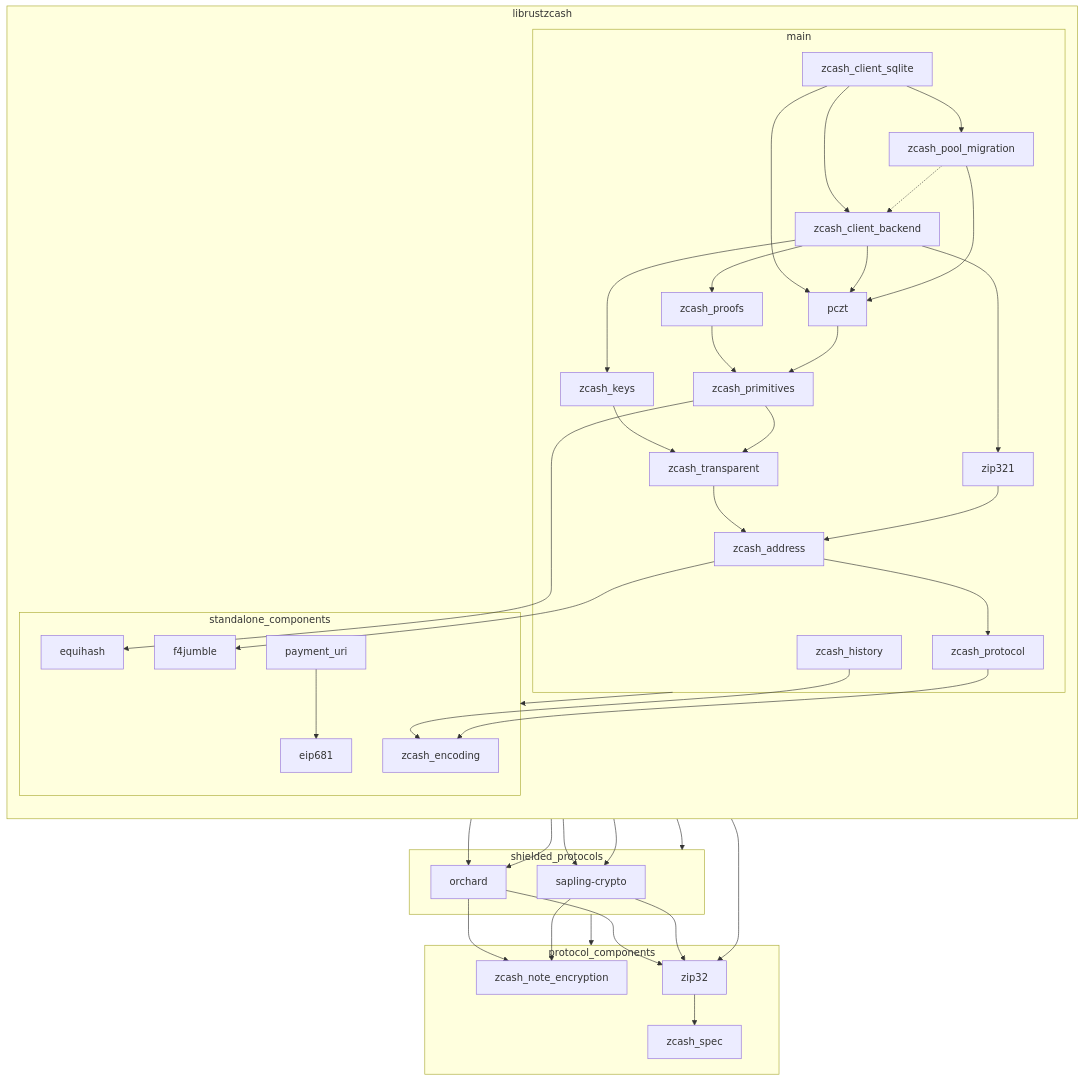
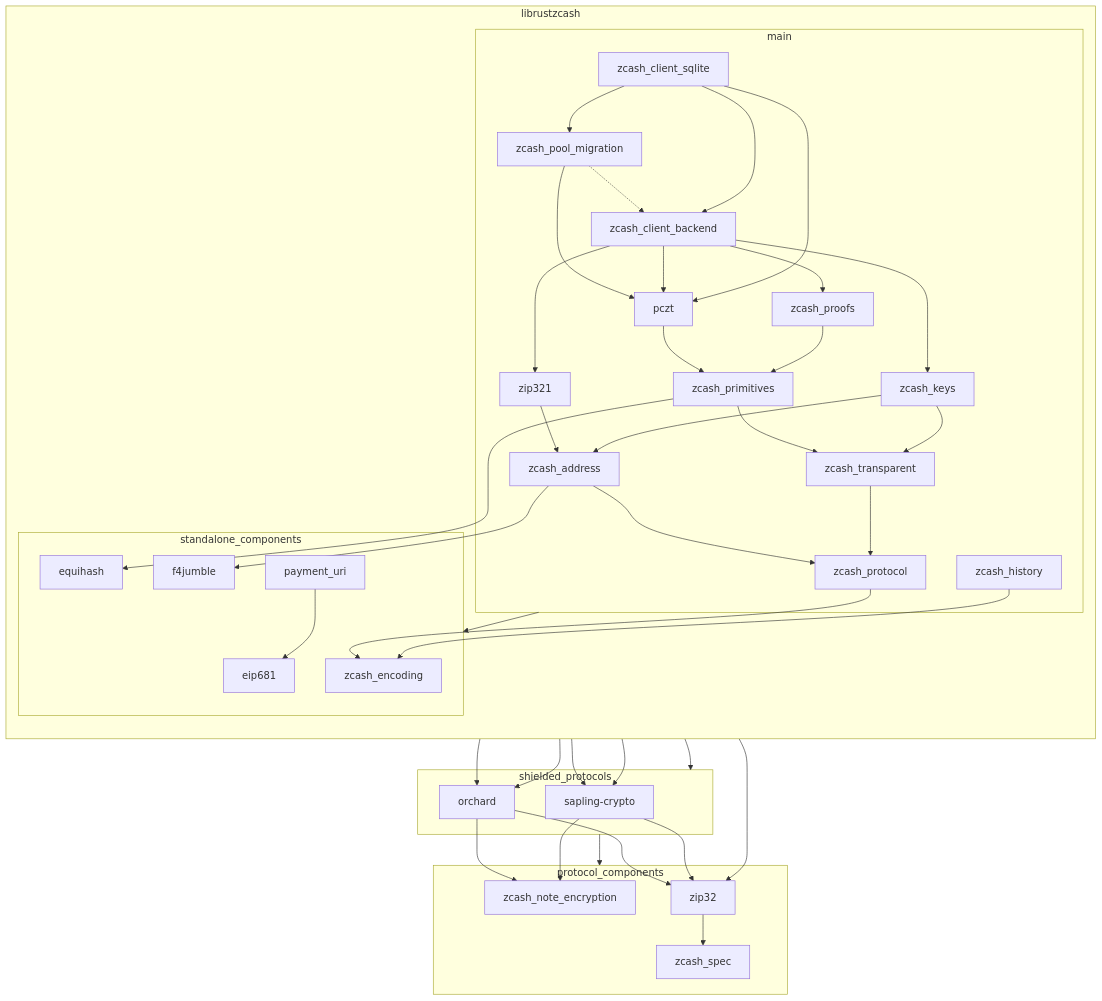
One commit to zcash/librustzcash changed the diagram in README.md. Above: the diagram before and after it, drawn with Mermaid. The commit also changed 7 other files, not shown here.

First line of the commit message:
zcash_transparent: Remove the zcash_address dependency

```diff
--- a/README.md
+++ b/README.md
@@ -93,13 +93,12 @@
 
     zcash_client_backend --> zip321
 
-    zcash_transparent --> zcash_address
-    %% zcash_keys --> zcash_address
+    zcash_keys --> zcash_address
     %% zcash_client_backend --> zcash_address
     %% zcash_client_sqlite --> zcash_address
     zip321 --> zcash_address
 
-    %% zcash_transparent --> zcash_protocol
+    zcash_transparent --> zcash_protocol
     %% zcash_keys --> zcash_protocol
     %% zcash_client_sqlite --> zcash_protocol
     %% zcash_primitives --> zcash_protocol
```
